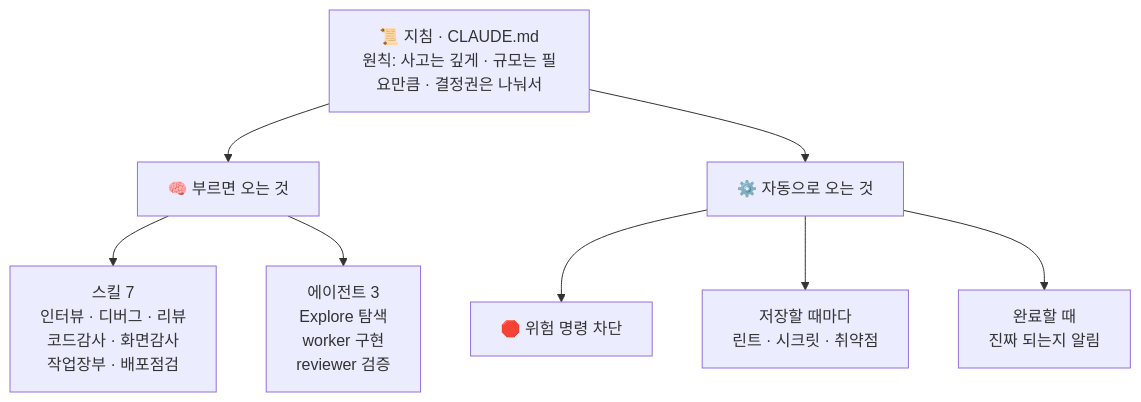
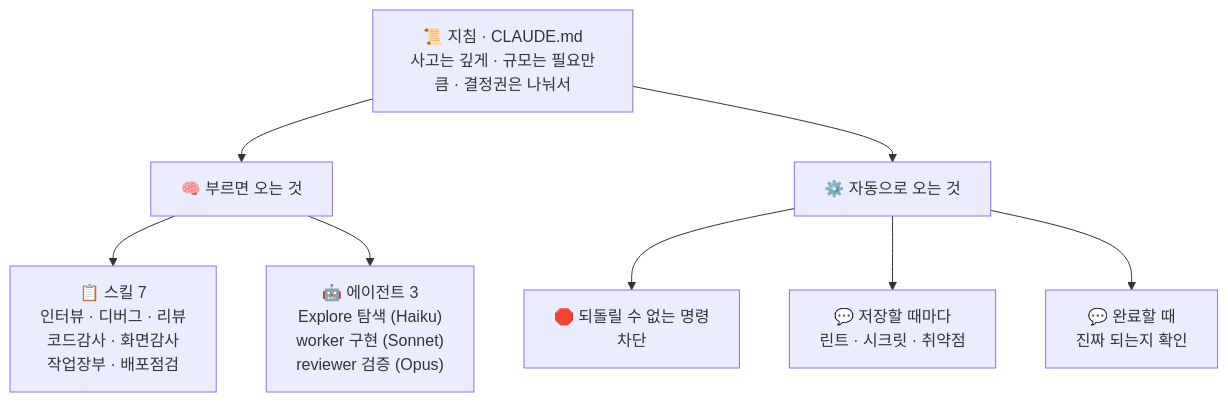
The diagram in README.md (khakisketch/KSI-Claude-Harness), drawn with Mermaid before and after one commit. The commit also changed other lines of this file, not shown here.

````diff
--- a/README.md
+++ b/README.md
@@ -126,13 +195,13 @@
 ```mermaid
 flowchart TB
-    D["📜 지침 · CLAUDE.md<br/>원칙: 사고는 깊게 · 규모는 필요만큼 · 결정권은 나눠서"]
+    D["📜 지침 · CLAUDE.md<br/>사고는 깊게 · 규모는 필요만큼 · 결정권은 나눠서"]
     D --> DEL["🧠 부르면 오는 것"]
     D --> AUT["⚙️ 자동으로 오는 것"]
 
-    DEL --> SK["스킬 7<br/>인터뷰 · 디버그 · 리뷰<br/>코드감사 · 화면감사<br/>작업장부 · 배포점검"]
-    DEL --> AG["에이전트 3<br/>Explore 탐색<br/>worker 구현<br/>reviewer 검증"]
+    DEL --> SK["📋 스킬 7<br/>인터뷰 · 디버그 · 리뷰<br/>코드감사 · 화면감사<br/>작업장부 · 배포점검"]
+    DEL --> AG["🤖 에이전트 3<br/>Explore 탐색 (Haiku)<br/>worker 구현 (Sonnet)<br/>reviewer 검증 (Opus)"]
 
-    AUT --> BA["🛑 위험 명령 차단"]
-    AUT --> ED["저장할 때마다<br/>린트 · 시크릿 · 취약점"]
-    AUT --> ST["완료할 때<br/>진짜 되는지 알림"]
+    AUT --> BA["🛑 되돌릴 수 없는 명령<br/>차단"]
+    AUT --> ED["💬 저장할 때마다<br/>린트 · 시크릿 · 취약점"]
+    AUT --> ST["💬 완료할 때<br/>진짜 되는지 확인"]
 ```
````
